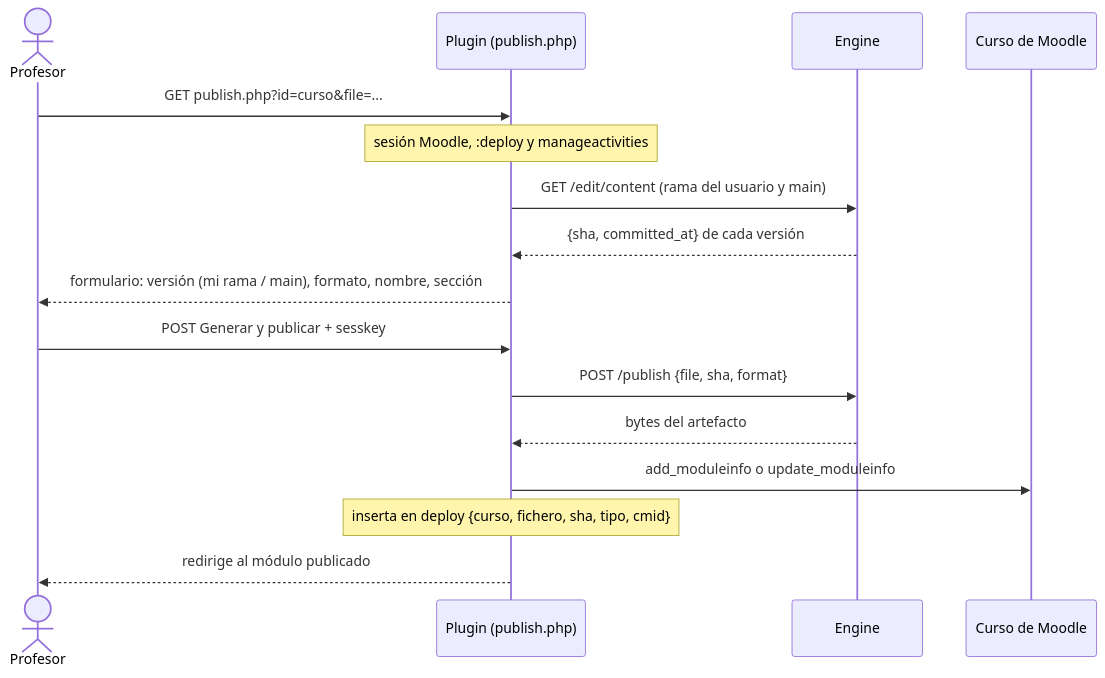
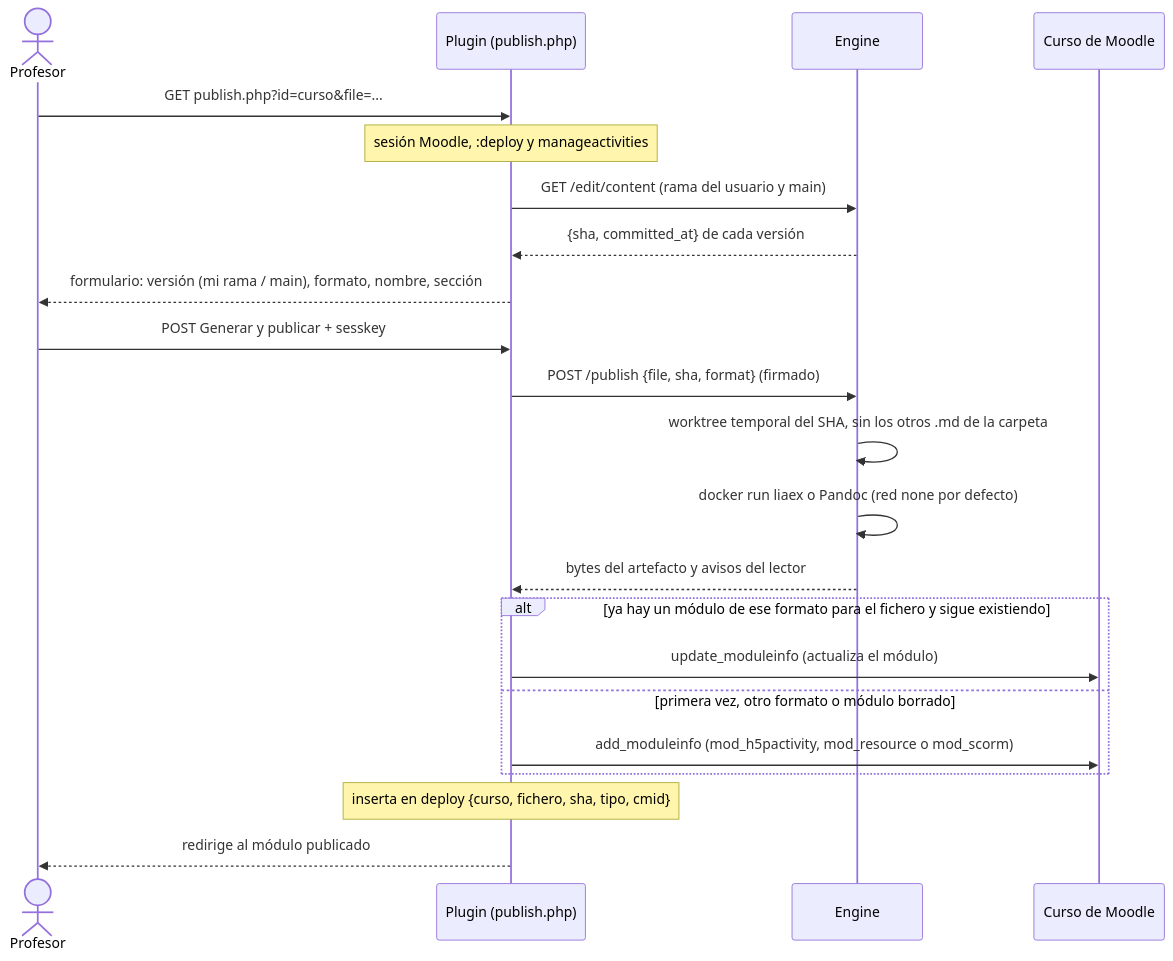
One commit to darioaxel/moodle-liaeditor-git changed the seventh of 7 diagrams in docs/Flujos de datos — plugin, engine y editor.md. Above: the diagram before and after it, drawn with Mermaid. The commit also changed other lines of this file and 13 other files, not shown here.

````diff
--- a/docs/Flujos de datos — plugin, engine y editor.md
+++ b/docs/Flujos de datos — plugin, engine y editor.md
@@ -276,19 +258,25 @@
 ```mermaid
 sequenceDiagram
     actor P as Profesor
     participant M as Plugin (publish.php)
     participant E as Engine
     participant C as Curso de Moodle
 
     P->>M: GET publish.php?id=curso&file=...
     Note over M: sesión Moodle, :deploy y manageactivities
     M->>E: GET /edit/content (rama del usuario y main)
     E-->>M: {sha, committed_at} de cada versión
     M-->>P: formulario: versión (mi rama / main), formato, nombre, sección
     P->>M: POST Generar y publicar + sesskey
-    M->>E: POST /publish {file, sha, format}
-    E-->>M: bytes del artefacto
-    M->>C: add_moduleinfo o update_moduleinfo
+    M->>E: POST /publish {file, sha, format} (firmado)
+    E->>E: worktree temporal del SHA, sin los otros .md de la carpeta
+    E->>E: docker run liaex o Pandoc (red none por defecto)
+    E-->>M: bytes del artefacto y avisos del lector
+    alt ya hay un módulo de ese formato para el fichero y sigue existiendo
+        M->>C: update_moduleinfo (actualiza el módulo)
+    else primera vez, otro formato o módulo borrado
+        M->>C: add_moduleinfo (mod_h5pactivity, mod_resource o mod_scorm)
+    end
     Note over M: inserta en deploy {curso, fichero, sha, tipo, cmid}
     M-->>P: redirige al módulo publicado
 ```
````
